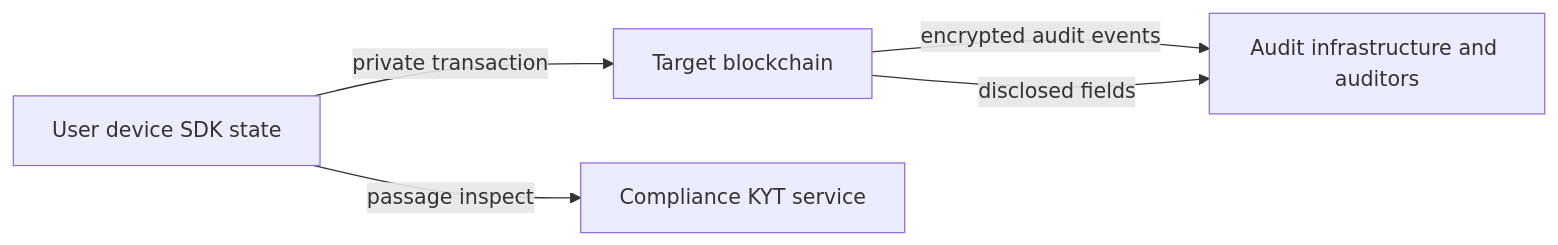
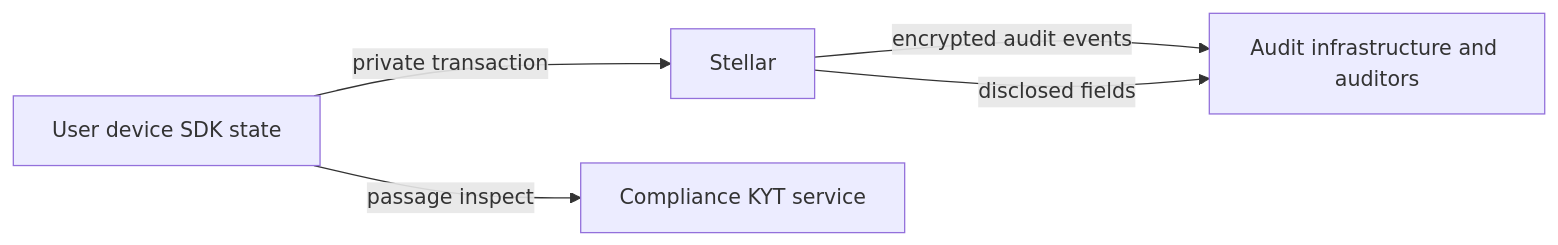
Before and after one commit to Polynom-Labs/privacy-layer-confidential-sdk: the diagram in docs/concepts/security-and-privacy.mdx, drawn with Mermaid. The commit also changed other lines of this file and 18 other files, not shown here.

````diff
--- a/docs/concepts/security-and-privacy.mdx
+++ b/docs/concepts/security-and-privacy.mdx
@@ -10,12 +10,12 @@
 ```mermaid
 flowchart LR
   Device[User device SDK state]
-  Chain[Target blockchain]
+  Chain[Stellar]
   KYT[Compliance KYT service]
   Audit[Audit infrastructure and auditors]
 
   Device -->|private transaction| Chain
   Device -->|passage inspect| KYT
   Chain -->|encrypted audit events| Audit
   Chain -->|disclosed fields| Audit
 ```
````
